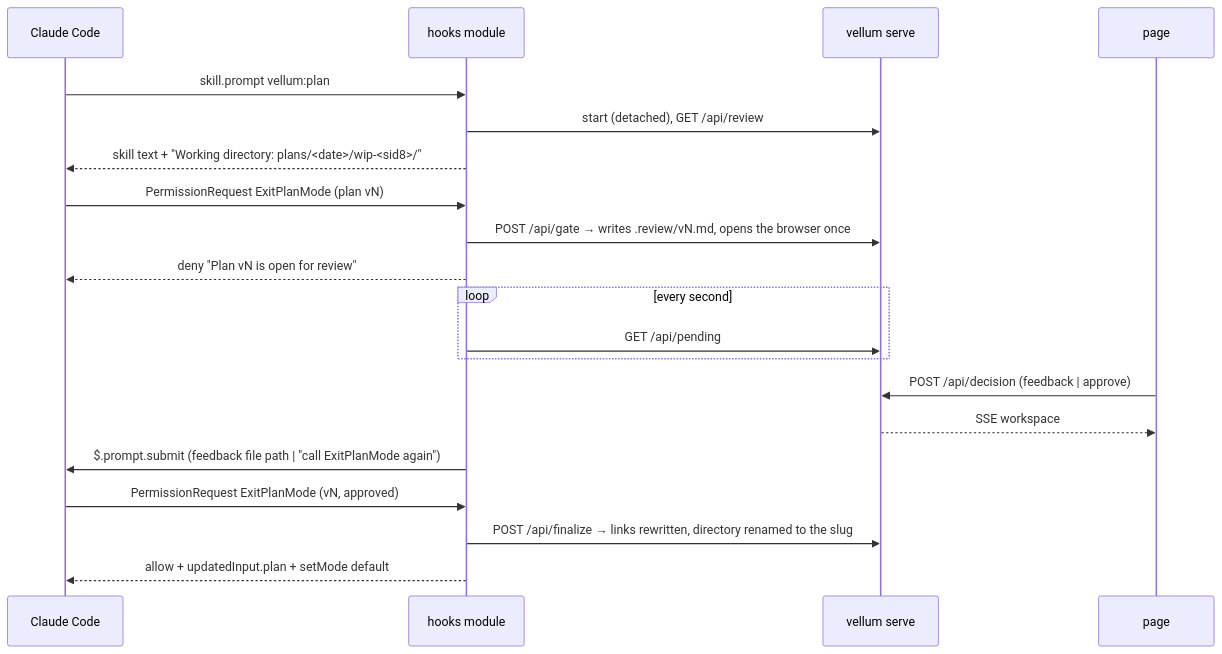
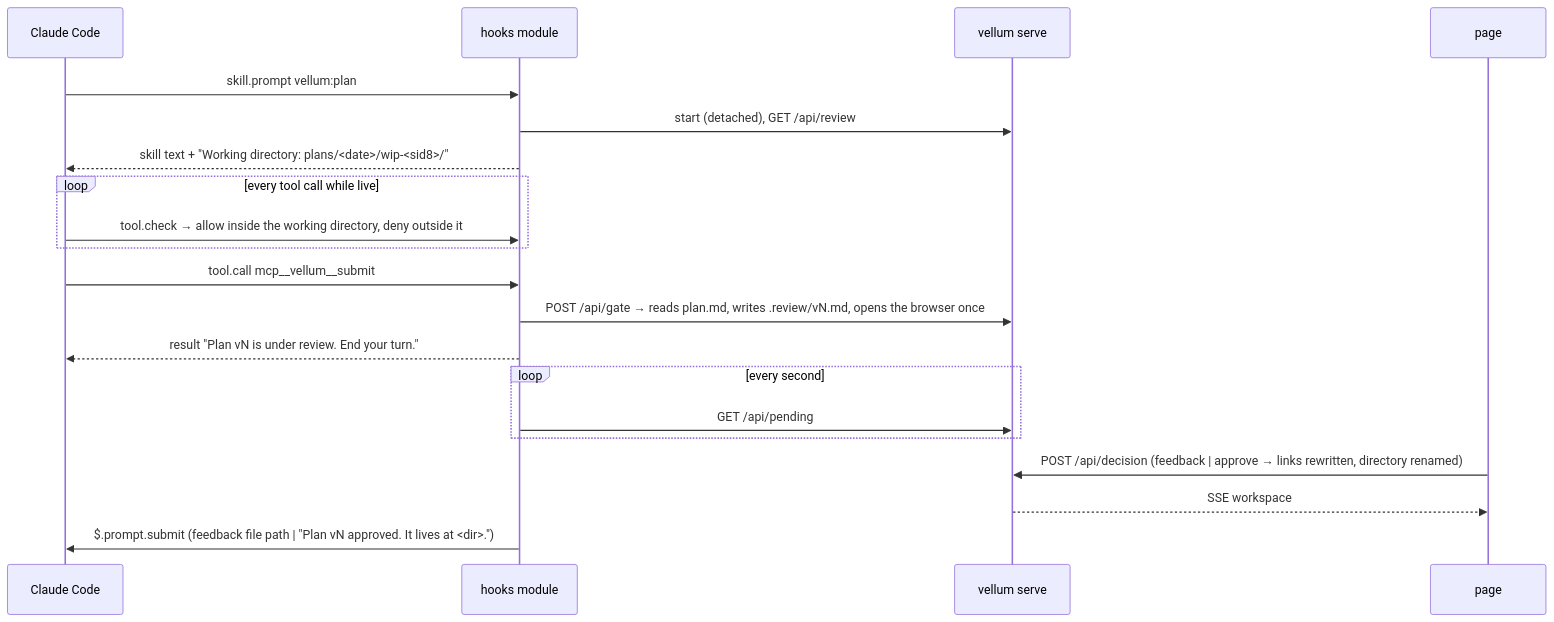
Before and after one commit to DYNOSuprovo/claude-code-plugins: the second of 4 diagrams in vellum/docs/architecture.md, drawn with Mermaid. The commit also changed other lines of this file and 20 other files, not shown here.

````diff
--- a/vellum/docs/architecture.md
+++ b/vellum/docs/architecture.md
@@ -81,22 +81,22 @@
 ```mermaid
 sequenceDiagram
   participant CC as Claude Code
   participant M as hooks module
   participant S as vellum serve
   participant B as page
   CC->>M: skill.prompt vellum:plan
   M->>S: start (detached), GET /api/review
   M-->>CC: skill text + "Working directory: plans/<date>/wip-<sid8>/"
-  CC->>M: PermissionRequest ExitPlanMode (plan vN)
-  M->>S: POST /api/gate → writes .review/vN.md, opens the browser once
-  M-->>CC: deny "Plan vN is open for review"
+  loop every tool call while live
+    CC->>M: tool.check → allow inside the working directory, deny outside it
+  end
+  CC->>M: tool.call mcp__vellum__submit
+  M->>S: POST /api/gate → reads plan.md, writes .review/vN.md, opens the browser once
+  M-->>CC: result "Plan vN is under review. End your turn."
   loop every second
     M->>S: GET /api/pending
   end
-  B->>S: POST /api/decision (feedback | approve)
+  B->>S: POST /api/decision (feedback | approve → links rewritten, directory renamed)
   S-->>B: SSE workspace
-  M->>CC: $.prompt.submit (feedback file path | "call ExitPlanMode again")
-  CC->>M: PermissionRequest ExitPlanMode (vN, approved)
-  M->>S: POST /api/finalize → links rewritten, directory renamed to the slug
-  M-->>CC: allow + updatedInput.plan + setMode default
+  M->>CC: $.prompt.submit (feedback file path | "Plan vN approved. It lives at <dir>.")
 ```
````
